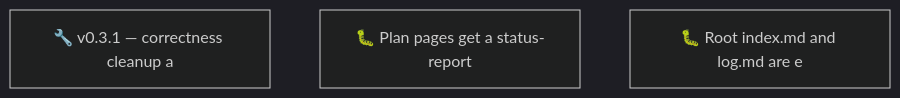
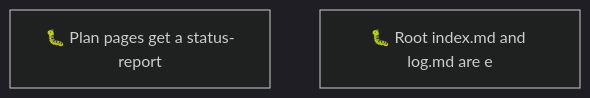
Before and after one commit to SpillwaveSolutions/okf-plugin: the second of 2 diagrams in docs/roadmap.md, drawn with Mermaid (dark theme). The commit also changed other lines of this file and 7 other files, not shown here.

````diff
--- a/docs/roadmap.md
+++ b/docs/roadmap.md
@@ -58,6 +57,5 @@
 ```mermaid
 graph TD
-    01KZ2CAAT5G2ND3RAF4TAXR5B9["🔧 v0.3.1 — correctness cleanup a"]
     01KZ2CYK20RWGPSEE6VGZ3NHBP["🐛 Plan pages get a status-report"]
     01KZ2D6MDDCY9G6B3EE33DRZJA["🐛 Root index.md and log.md are e"]
 ```
````
